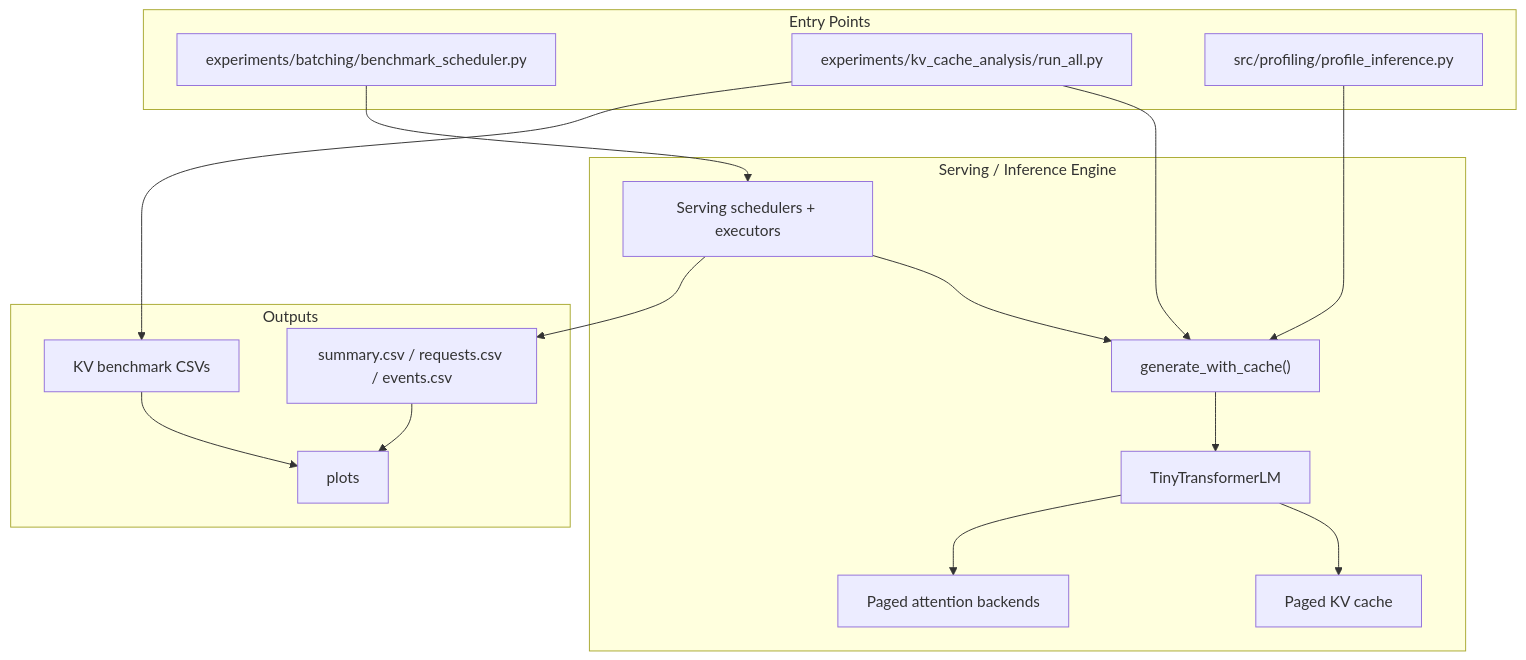
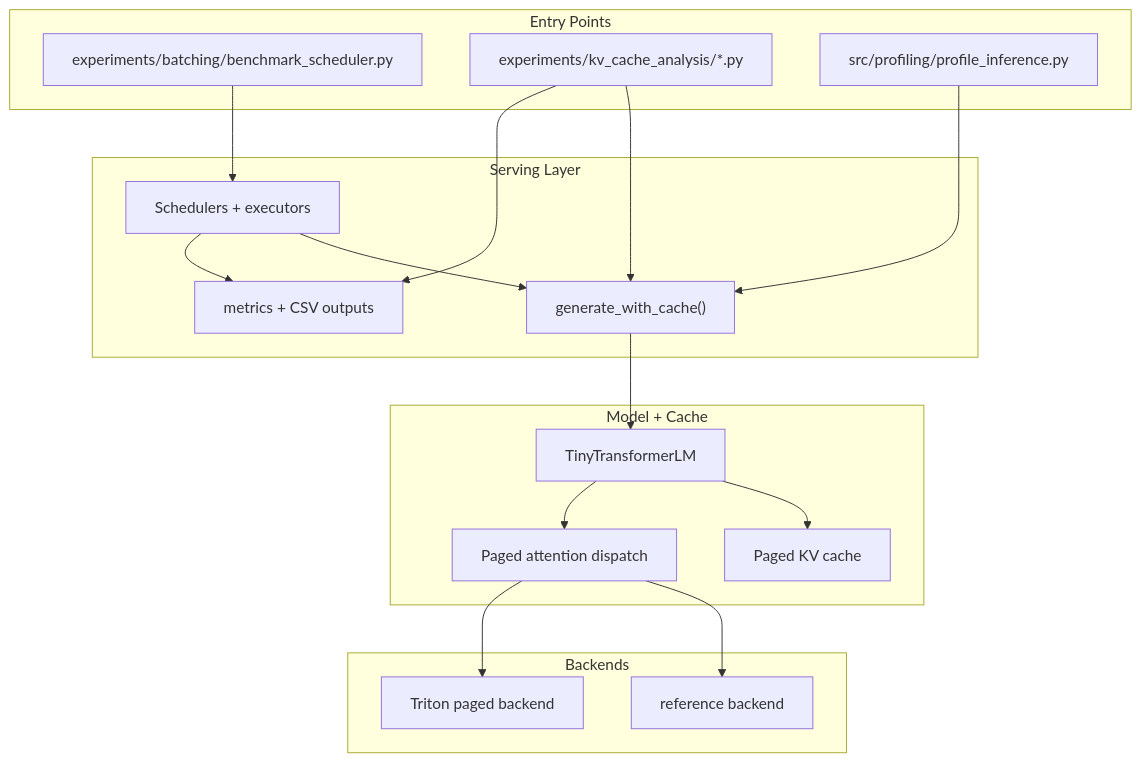
One commit to jacobzhang22/efficient-inference-system changed the first of 3 diagrams in diagram_preview.md. Above: the diagram before and after it, drawn with Mermaid. The commit also changed other lines of this file, not shown here.

Commit message:
update graphs

````diff
--- a/diagram_preview.md
+++ b/diagram_preview.md
@@ -7,36 +7,40 @@
 ```mermaid
 flowchart TD
   subgraph ENTRY["Entry Points"]
-    B1["experiments/batching/benchmark_scheduler.py"]
-    B2["experiments/kv_cache_analysis/run_all.py"]
-    B3["src/profiling/profile_inference.py"]
+    Bench["experiments/batching/benchmark_scheduler.py"]
+    KVExp["experiments/kv_cache_analysis/*.py"]
+    Profile["src/profiling/profile_inference.py"]
   end
 
-  subgraph ENGINE["Serving / Inference Engine"]
-    S1["Serving schedulers + executors"]
-    S2["generate_with_cache()"]
-    S3["TinyTransformerLM"]
-    S4["Paged KV cache"]
-    S5["Paged attention backends"]
+  subgraph SERVE["Serving Layer"]
+    Sched["Schedulers + executors"]
+    Gen["generate_with_cache()"]
+    Metrics["metrics + CSV outputs"]
   end
 
-  subgraph OUT["Outputs"]
-    O1["summary.csv / requests.csv / events.csv"]
-    O2["KV benchmark CSVs"]
-    O3["plots"]
+  subgraph MODEL["Model + Cache"]
+    LM["TinyTransformerLM"]
+    KV["Paged KV cache"]
+    Attn["Paged attention dispatch"]
   end
 
-  B1 --> S1
-  B2 --> S2
-  B3 --> S2
+  subgraph BACKEND["Backends"]
+    Ref["reference backend"]
+    Triton["Triton paged backend"]
+  end
 
-  S1 --> S2
-  S2 --> S3
-  S3 --> S4
-  S3 --> S5
+  Bench --> Sched
+  KVExp --> Gen
+  Profile --> Gen
 
-  S1 --> O1
-  B2 --> O2
-  O1 --> O3
-  O2 --> O3
+  Sched --> Gen
+  Gen --> LM
+  LM --> KV
+  LM --> Attn
+
+  Attn --> Ref
+  Attn --> Triton
+
+  Sched --> Metrics
+  KVExp --> Metrics
 ```
````
